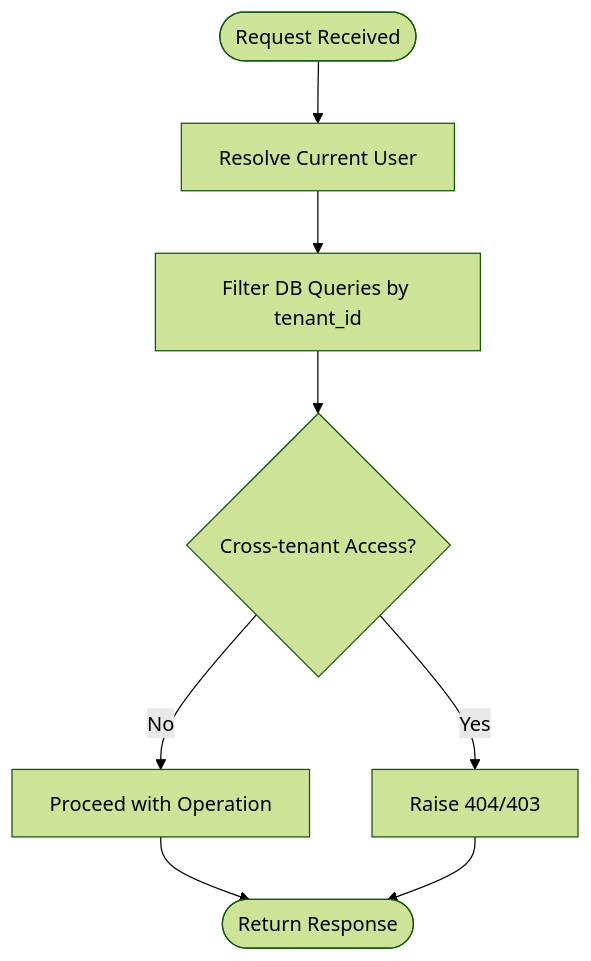
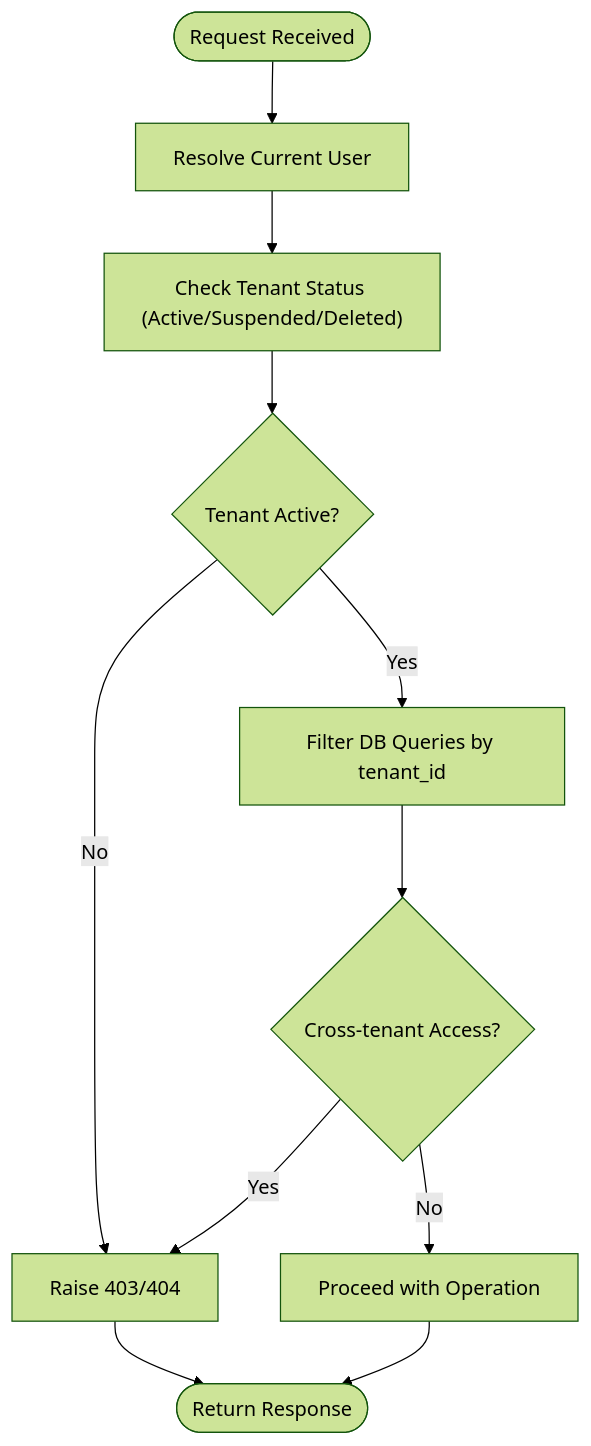
The third of 10 diagrams in .qoder/repowiki/en/content/Database Design/Multi-Tenant Architecture.md (Revanththetalogics/aireume), drawn with Mermaid (forest theme) before and after one commit. The commit also changed other lines of this file and 13 other files, not shown here.

````diff
--- a/.qoder/repowiki/en/content/Database Design/Multi-Tenant Architecture.md
+++ b/.qoder/repowiki/en/content/Database Design/Multi-Tenant Architecture.md
@@ -140,10 +169,13 @@
 ```mermaid
 flowchart TD
 Start(["Request Received"]) --> GetUser["Resolve Current User"]
-GetUser --> ScopeQuery["Filter DB Queries by tenant_id"]
+GetUser --> CheckTenant["Check Tenant Status (Active/Suspended/Deleted)"]
+CheckTenant --> Active{"Tenant Active?"}
+Active --> |No| Deny["Raise 403/404"]
+Active --> |Yes| ScopeQuery["Filter DB Queries by tenant_id"]
 ScopeQuery --> CrossTenant{"Cross-tenant Access?"}
-CrossTenant --> |Yes| Deny["Raise 404/403"]
+CrossTenant --> |Yes| Deny
 CrossTenant --> |No| Proceed["Proceed with Operation"]
 Proceed --> End(["Return Response"])
 Deny --> End
 ```
````
